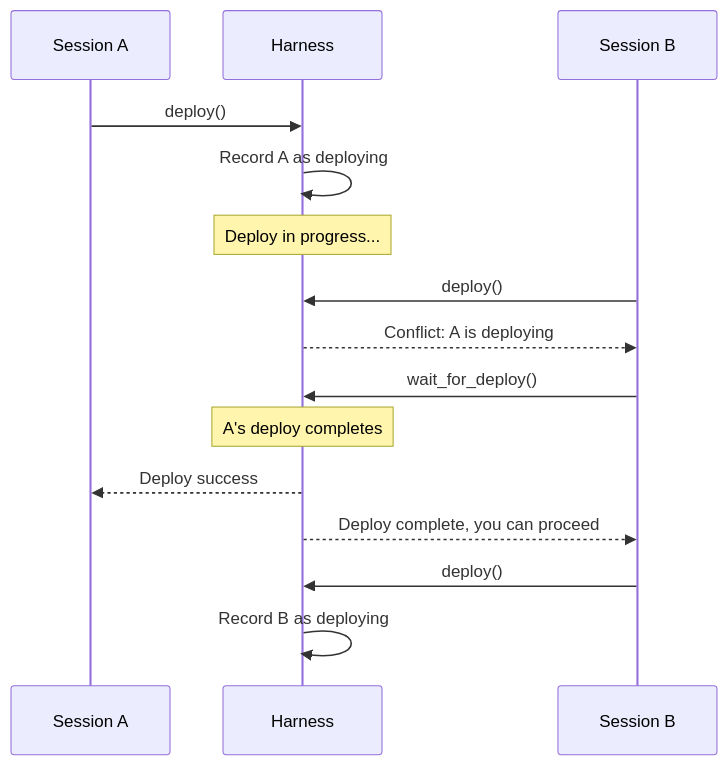
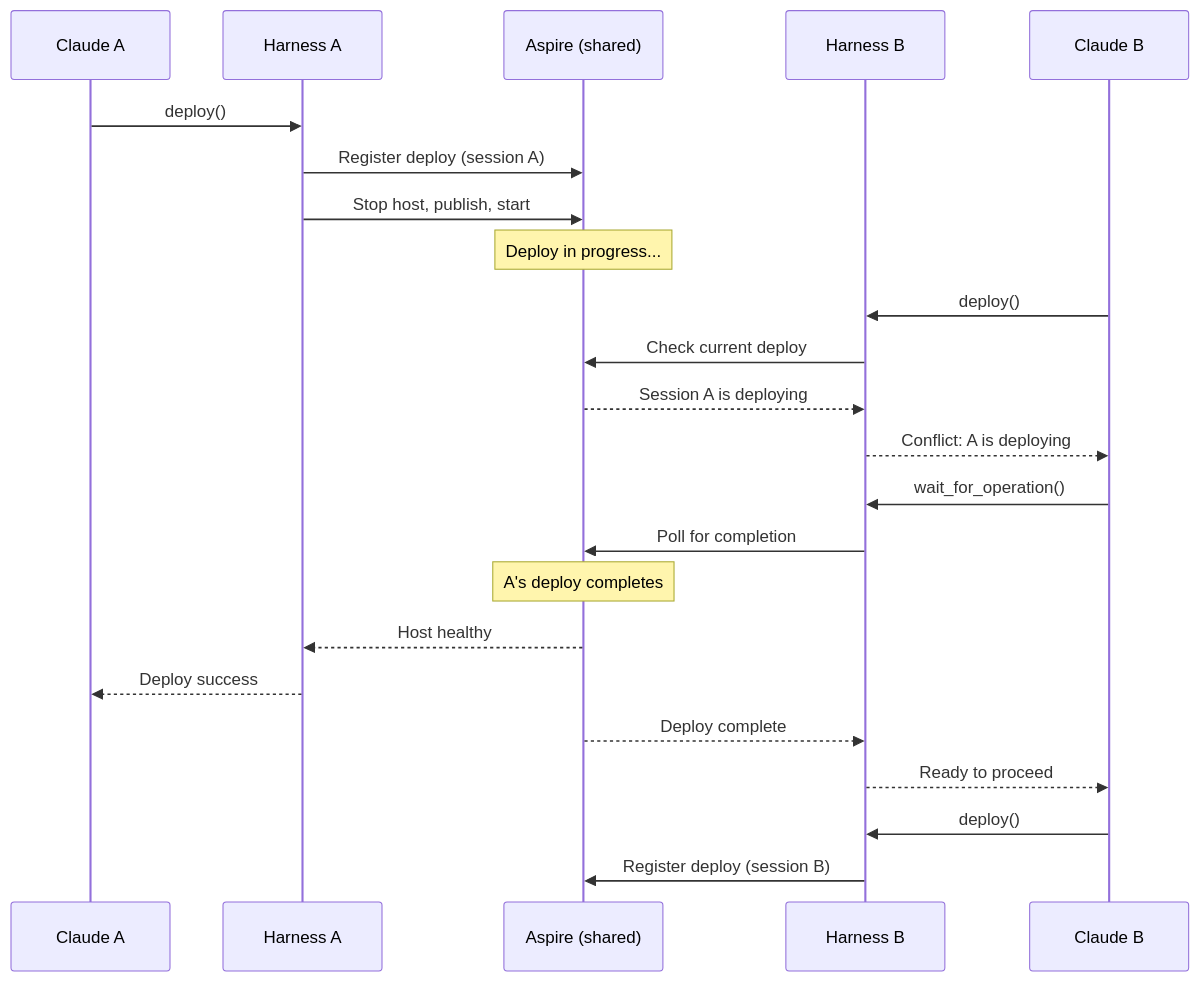
The diagram in docs/flows/future/dev-harness/multi-session.md (RepoQL/RepoQL), drawn with Mermaid before and after one commit. The commit also changed other lines of this file and 12 other files, not shown here.

First line of the commit message:
Add dev harness design, flow, and plan documentation

````diff
--- a/docs/flows/future/dev-harness/multi-session.md
+++ b/docs/flows/future/dev-harness/multi-session.md
@@ -204,24 +195,33 @@
 ```mermaid
 sequenceDiagram
-    participant A as Session A
-    participant Harness
-    participant B as Session B
+    participant A as Claude A
+    participant HA as Harness A
+    participant Aspire as Aspire (shared)
+    participant HB as Harness B
+    participant B as Claude B
 
-    A->>Harness: deploy()
-    Harness->>Harness: Record A as deploying
+    A->>HA: deploy()
+    HA->>Aspire: Register deploy (session A)
+    HA->>Aspire: Stop host, publish, start
 
-    Note over Harness: Deploy in progress...
+    Note over Aspire: Deploy in progress...
 
-    B->>Harness: deploy()
-    Harness-->>B: Conflict: A is deploying
+    B->>HB: deploy()
+    HB->>Aspire: Check current deploy
+    Aspire-->>HB: Session A is deploying
+    HB-->>B: Conflict: A is deploying
 
-    B->>Harness: wait_for_deploy()
+    B->>HB: wait_for_operation()
+    HB->>Aspire: Poll for completion
 
-    Note over Harness: A's deploy completes
+    Note over Aspire: A's deploy completes
 
-    Harness-->>A: Deploy success
-    Harness-->>B: Deploy complete, you can proceed
+    Aspire-->>HA: Host healthy
+    HA-->>A: Deploy success
 
-    B->>Harness: deploy()
-    Harness->>Harness: Record B as deploying
+    Aspire-->>HB: Deploy complete
+    HB-->>B: Ready to proceed
+
+    B->>HB: deploy()
+    HB->>Aspire: Register deploy (session B)
 ```
````
